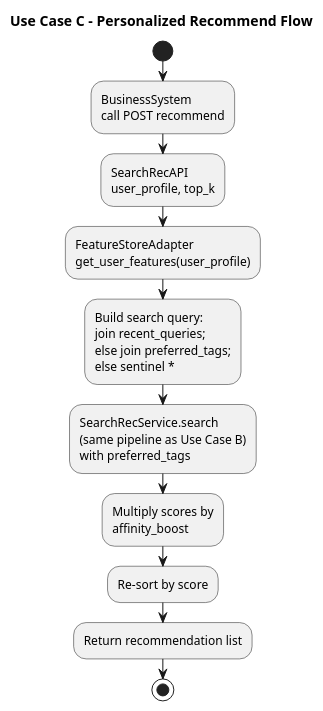
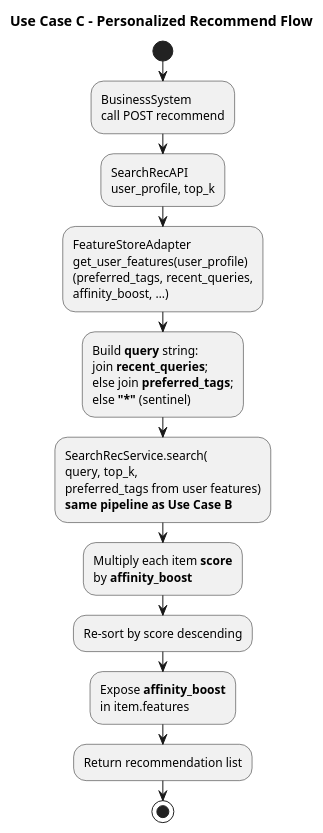
One commit to zhang1career/service-foundation changed the diagram in app_searchrec/docs/usecase_c_recommend_flow.puml. Above: the diagram before and after it, drawn with PlantUML. The commit also changed 16 other files, not shown here.

```diff
--- a/app_searchrec/docs/usecase_c_recommend_flow.puml
+++ b/app_searchrec/docs/usecase_c_recommend_flow.puml
@@ -1,15 +1,16 @@
 @startuml
 title Use Case C - Personalized Recommend Flow
 skinparam shadowing false
 
 start
 :BusinessSystem\ncall POST recommend;
 :SearchRecAPI\nuser_profile, top_k;
-:FeatureStoreAdapter\nget_user_features(user_profile);
-:Build search query:\njoin recent_queries;\nelse join preferred_tags;\nelse sentinel *;
-:SearchRecService.search\n(same pipeline as Use Case B)\nwith preferred_tags;
-:Multiply scores by\naffinity_boost;
-:Re-sort by score;
+:FeatureStoreAdapter\nget_user_features(user_profile)\n(preferred_tags, recent_queries,\naffinity_boost, …);
+:Build **query** string:\njoin **recent_queries**;\nelse join **preferred_tags**;\nelse **"*"** (sentinel);
+:SearchRecService.search(\nquery, top_k,\npreferred_tags from user features)\n**same pipeline as Use Case B**;
+:Multiply each item **score**\nby **affinity_boost**;
+:Re-sort by score descending;
+:Expose **affinity_boost**\nin item.features;
 :Return recommendation list;
 stop
 @enduml
```
